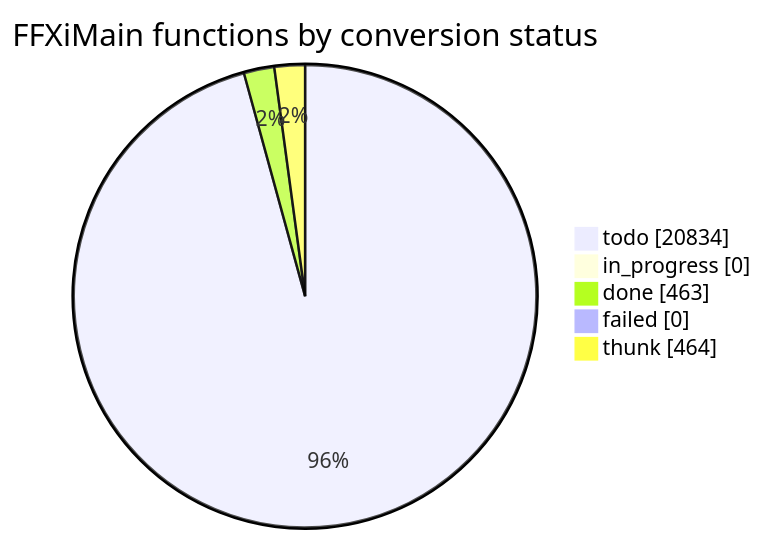
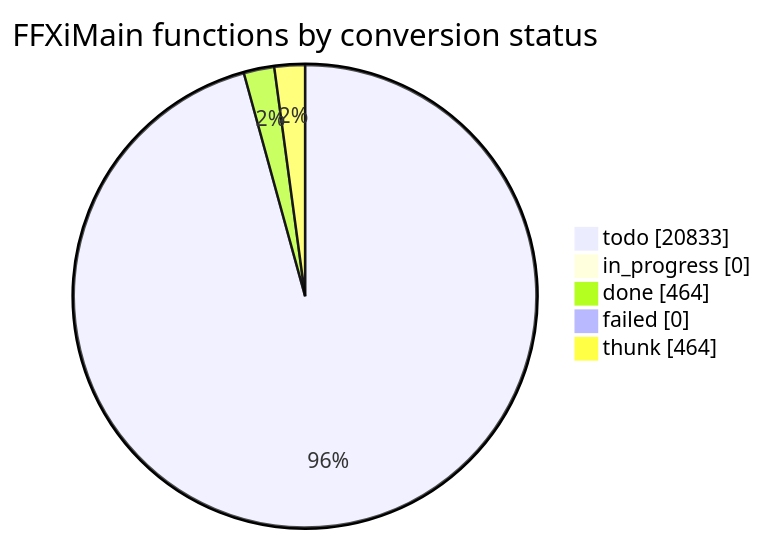
The diagram in docs/cow/STATUS.md (cowrevenge/cow_kuluu_xi_anything), drawn with Mermaid before and after one commit. The commit also changed other lines of this file and 9 other files, not shown here.

````diff
--- a/docs/cow/STATUS.md
+++ b/docs/cow/STATUS.md
@@ -18,9 +18,9 @@
 ```mermaid
 pie showData
     title FFXiMain functions by conversion status
-    "todo" : 20834
+    "todo" : 20833
     "in_progress" : 0
-    "done" : 463
+    "done" : 464
     "failed" : 0
     "thunk" : 464
 ```
````
